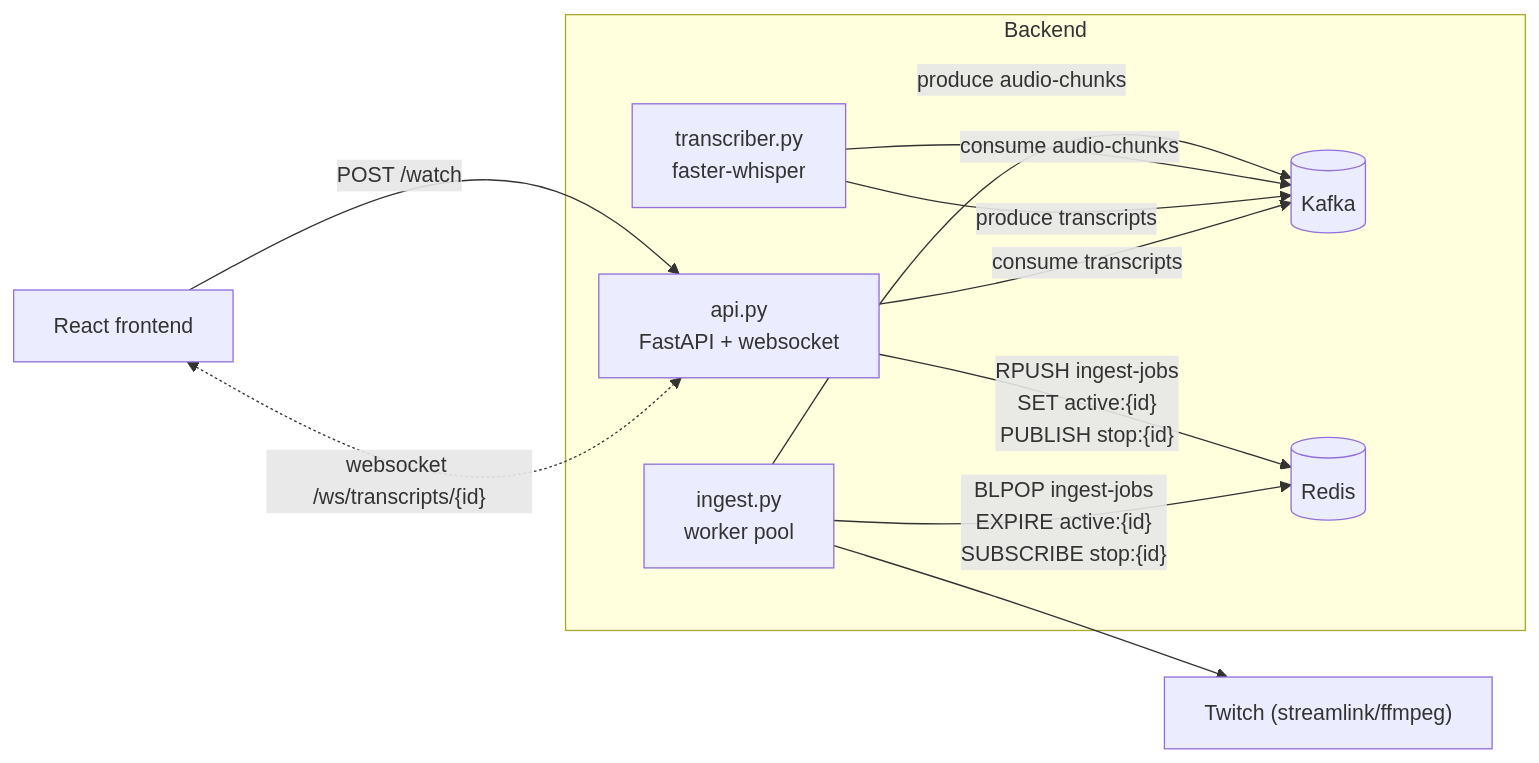
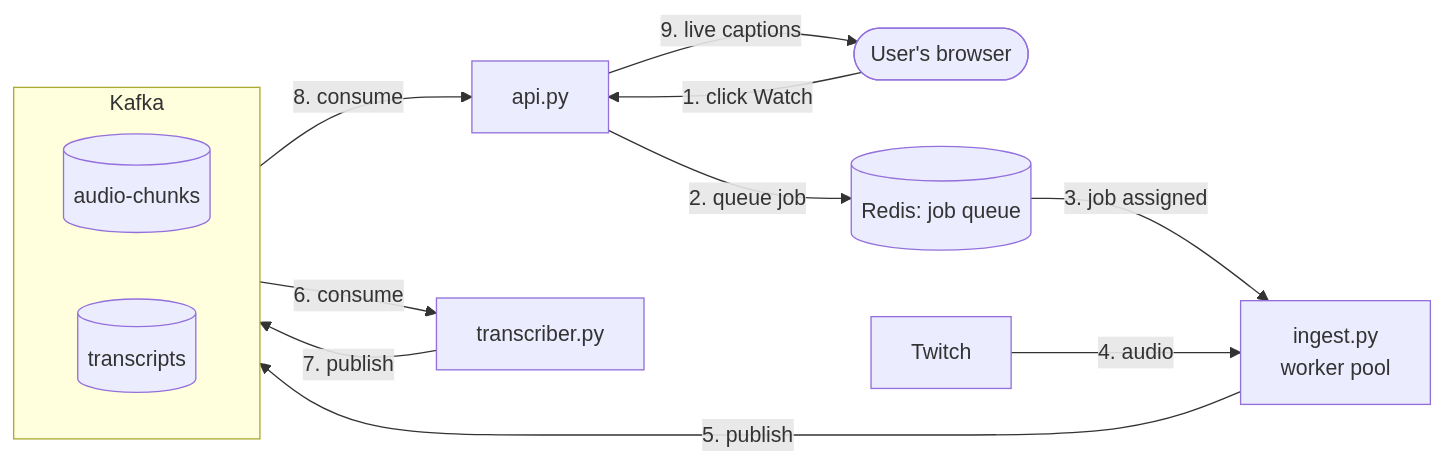
The diagram in README.md (maximka76667/twitch-transcription), drawn with Mermaid before and after one commit.

Commit message:
docs: modify diagram

````diff
--- a/README.md
+++ b/README.md
@@ -16,26 +16,25 @@
 ```mermaid
 flowchart LR
-    UI["React frontend"]
+    USER(["User's browser"])
+    API["api.py"]
+    REDISQ[("Redis: job queue")]
+    ING["ingest.py<br/>worker pool"]
+    TWITCH["Twitch"]
+    TRX["transcriber.py"]
 
-    subgraph backend [Backend]
-        API["api.py<br/>FastAPI + websocket"]
-        ING["ingest.py<br/>worker pool"]
-        TRX["transcriber.py<br/>faster-whisper"]
-        KAFKA[("Kafka")]
-        REDIS[("Redis")]
+    subgraph KAFKA [Kafka]
+        direction LR
+        T1[("audio-chunks")]
+        T2[("transcripts")]
     end
 
-    TWITCH["Twitch (streamlink/ffmpeg)"]
-
-    UI -- "POST /watch" --> API
-    UI <-. "websocket /ws/transcripts/{id}" .-> API
-
-    API -- "RPUSH ingest-jobs\nSET active:{id}\nPUBLISH stop:{id}" --> REDIS
-    ING -- "BLPOP ingest-jobs\nEXPIRE active:{id}\nSUBSCRIBE stop:{id}" --> REDIS
-
-    ING --> TWITCH
-    ING -- "produce audio-chunks" --> KAFKA
-    TRX -- "consume audio-chunks" --> KAFKA
-    TRX -- "produce transcripts" --> KAFKA
-    API -- "consume transcripts" --> KAFKA
+    USER -- "1. click Watch" --> API
+    API -- "2. queue job" --> REDISQ
+    REDISQ -- "3. job assigned" --> ING
+    TWITCH -- "4. audio" --> ING
+    ING -- "5. publish" --> T1
+    T1 -- "6. consume" --> TRX
+    TRX -- "7. publish" --> T2
+    T2 -- "8. consume" --> API
+    API -- "9. live captions" --> USER
 ```
````
